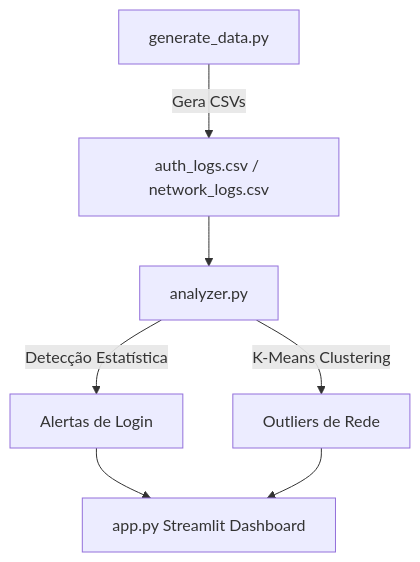
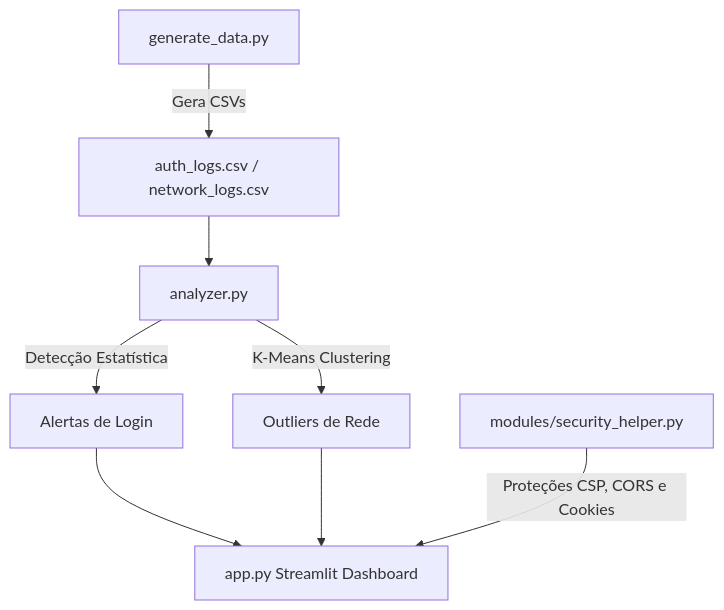
One commit to MatheusLeo26/SIEM-Data-Scientist changed the diagram in README.md. Above: the diagram before and after it, drawn with Mermaid. The commit also changed other lines of this file, not shown here.

Commit message:
Update README with security hardening architecture and file configurations

````diff
--- a/README.md
+++ b/README.md
@@ -13,8 +13,9 @@
 ```mermaid
 graph TD
     A[generate_data.py] -->|Gera CSVs| B[auth_logs.csv / network_logs.csv]
     B --> C[analyzer.py]
     C -->|Detecção Estatística| D[Alertas de Login]
     C -->|K-Means Clustering| E[Outliers de Rede]
     D & E --> F[app.py Streamlit Dashboard]
+    G[modules/security_helper.py] -->|Proteções CSP, CORS e Cookies| F
 ```
````
